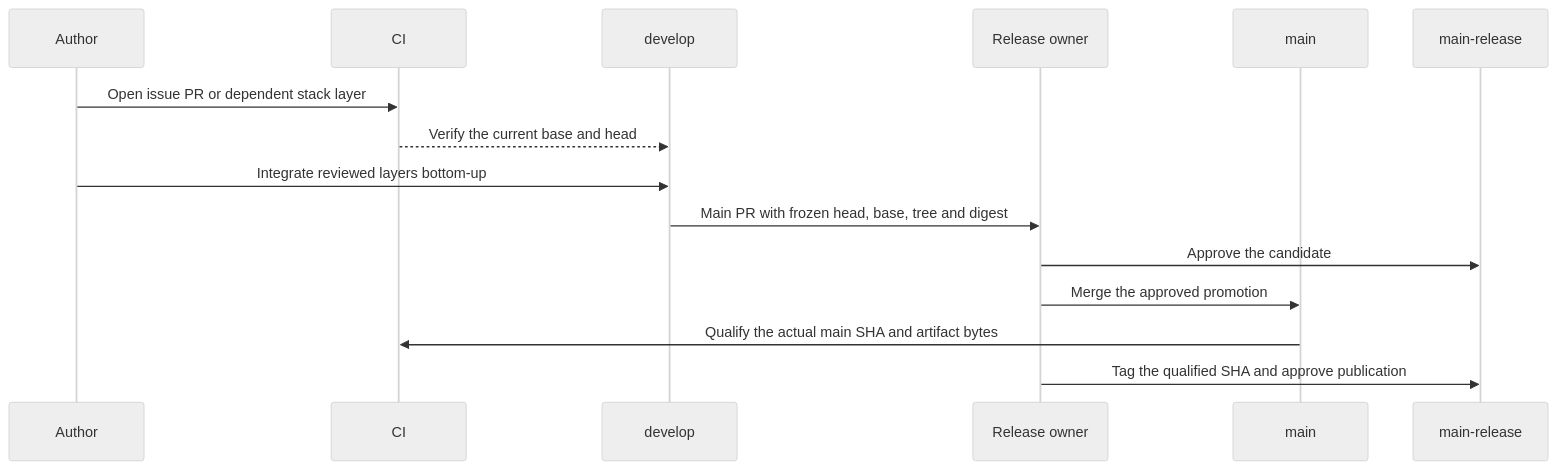
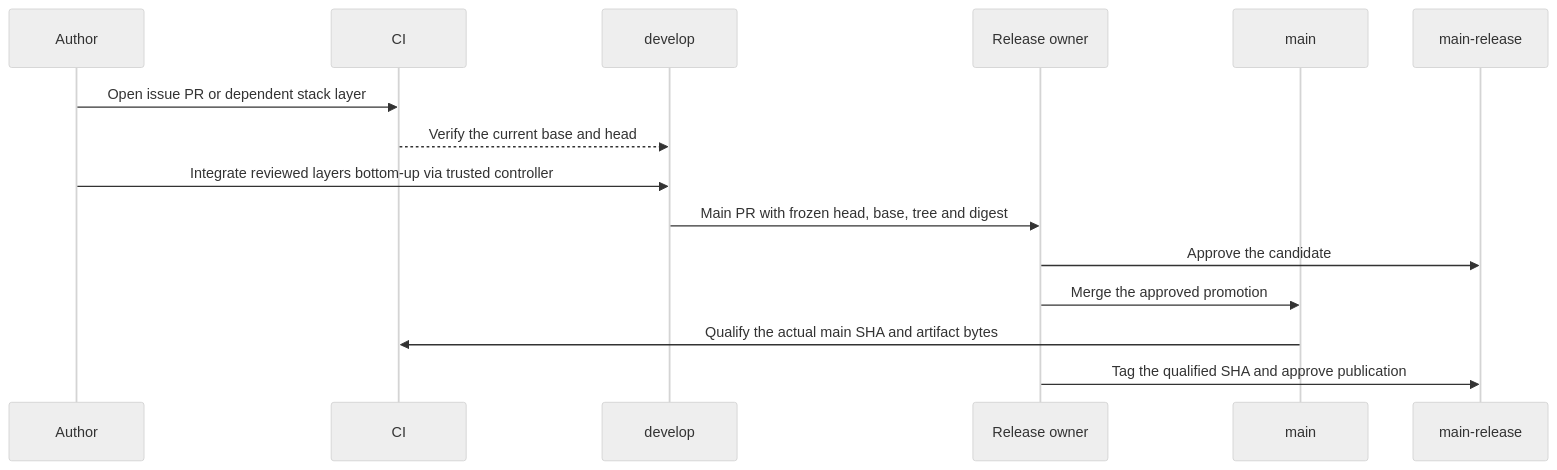
The sixth of 11 diagrams in docs/architecture.md (kmosoti/FabricO11y), drawn with Mermaid (neutral theme) before and after one commit. The commit also changed other lines of this file and 5 other files, not shown here.

Commit message:
Add trusted develop integration evidence validator

````diff
--- a/docs/architecture.md
+++ b/docs/architecture.md
@@ -190,17 +190,17 @@
 ```mermaid
 sequenceDiagram
     participant Author
     participant CI
     participant Develop as develop
     participant Owner as Release owner
     participant Main as main
     participant Gate as main-release
     Author->>CI: Open issue PR or dependent stack layer
     CI-->>Develop: Verify the current base and head
-    Author->>Develop: Integrate reviewed layers bottom-up
+    Author->>Develop: Integrate reviewed layers bottom-up via trusted controller
     Develop->>Owner: Main PR with frozen head, base, tree and digest
     Owner->>Gate: Approve the candidate
     Owner->>Main: Merge the approved promotion
     Main->>CI: Qualify the actual main SHA and artifact bytes
     Owner->>Gate: Tag the qualified SHA and approve publication
 ```
````
